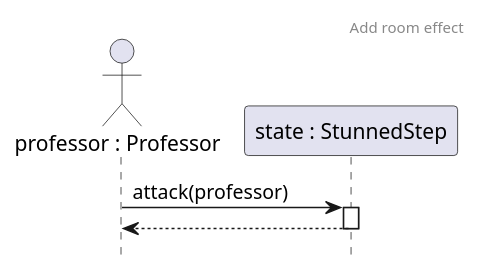
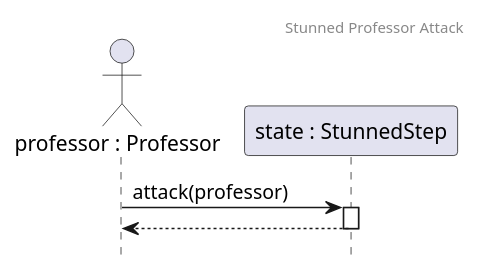
The diagram in docs/sequence/stunned/StunnedProfessorAttack.puml (Kristof-me/Logarlec), drawn with PlantUML before and after one commit. The commit also changed 48 other files, not shown here.

```diff
--- a/docs/sequence/stunned/StunnedProfessorAttack.puml
+++ b/docs/sequence/stunned/StunnedProfessorAttack.puml
@@ -1,12 +1,12 @@
-@startuml AddRoomEffect
-header Add room effect
+@startuml StunnedProfessorAttack
+header Stunned Professor Attack
 hide footbox
 autoactivate on
 
 actor P as "professor : Professor"
 participant S as "state : StunnedStep"
 
 P -> S : attack(professor)
 return
 
 @enduml
```
